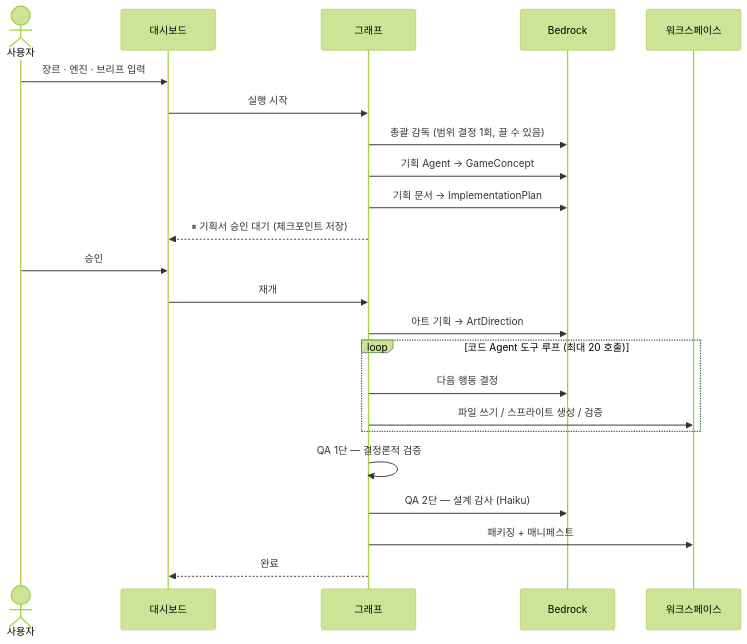
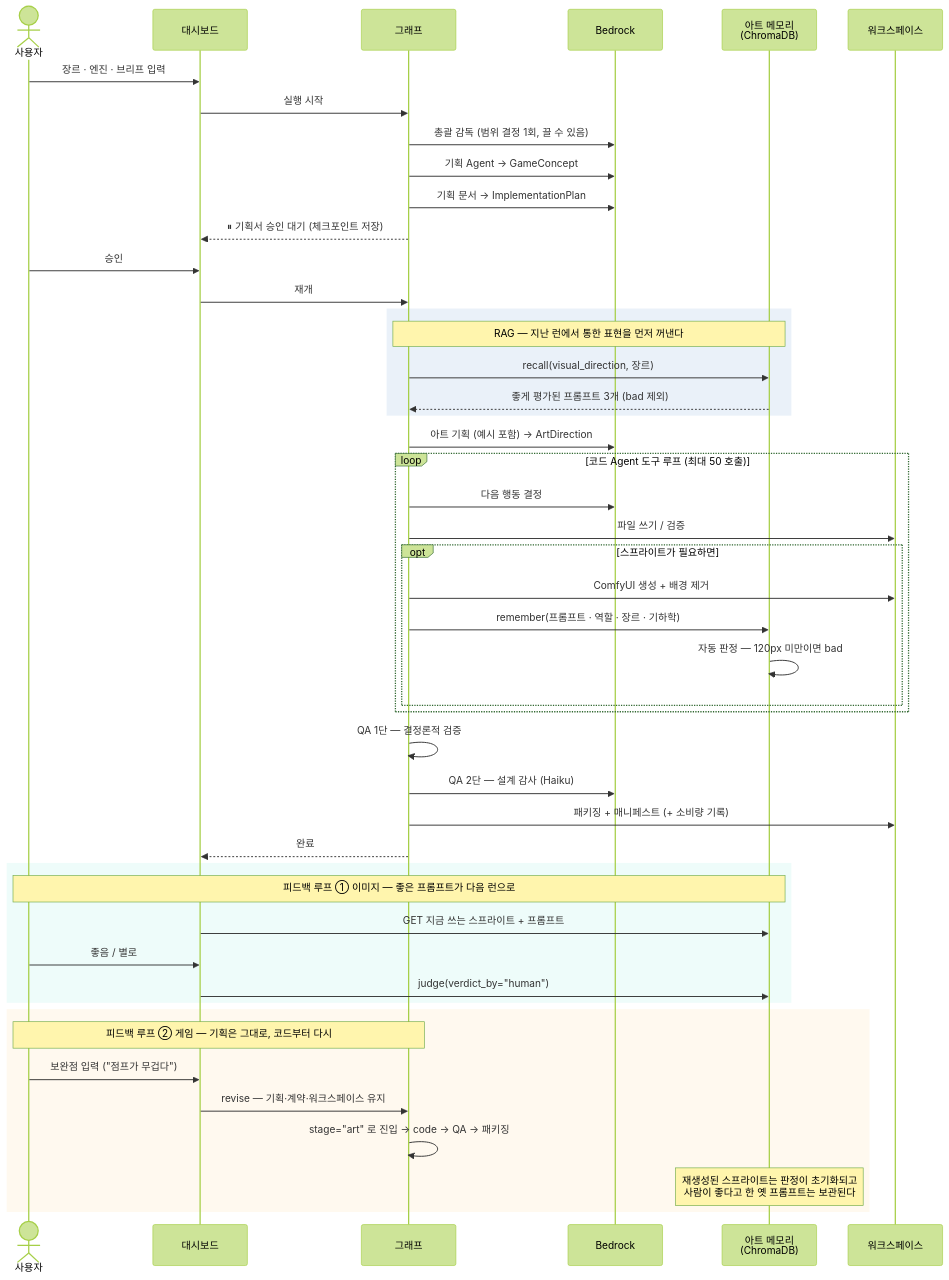
Before and after one commit to SuperclusterAll/gamestudio: the second of 10 diagrams in docs/ARCHITECTURE.md, drawn with Mermaid (forest theme). The commit also changed other lines of this file and 15 other files, not shown here.

````diff
--- a/docs/ARCHITECTURE.md
+++ b/docs/ARCHITECTURE.md
@@ -78,26 +86,54 @@
 ```mermaid
 sequenceDiagram
     actor U as 사용자
     participant D as 대시보드
     participant G as 그래프
     participant M as Bedrock
+    participant V as 아트 메모리<br/>(ChromaDB)
     participant F as 워크스페이스
 
     U->>D: 장르 · 엔진 · 브리프 입력
     D->>G: 실행 시작
     G->>M: 총괄 감독 (범위 결정 1회, 끌 수 있음)
     G->>M: 기획 Agent → GameConcept
     G->>M: 기획 문서 → ImplementationPlan
     G-->>D: ⏸ 기획서 승인 대기 (체크포인트 저장)
     U->>D: 승인
     D->>G: 재개
-    G->>M: 아트 기획 → ArtDirection
-    loop 코드 Agent 도구 루프 (최대 20 호출)
+
+    rect rgba(80,140,200,.12)
+        note over G,V: RAG — 지난 런에서 통한 표현을 먼저 꺼낸다
+        G->>V: recall(visual_direction, 장르)
+        V-->>G: 좋게 평가된 프롬프트 3개 (bad 제외)
+    end
+    G->>M: 아트 기획 (예시 포함) → ArtDirection
+
+    loop 코드 Agent 도구 루프 (최대 50 호출)
         G->>M: 다음 행동 결정
-        G->>F: 파일 쓰기 / 스프라이트 생성 / 검증
+        G->>F: 파일 쓰기 / 검증
+        opt 스프라이트가 필요하면
+            G->>F: ComfyUI 생성 + 배경 제거
+            G->>V: remember(프롬프트 · 역할 · 장르 · 기하학)
+            V->>V: 자동 판정 — 120px 미만이면 bad
+        end
     end
     G->>G: QA 1단 — 결정론적 검증
     G->>M: QA 2단 — 설계 감사 (Haiku)
-    G->>F: 패키징 + 매니페스트
+    G->>F: 패키징 + 매니페스트 (+ 소비량 기록)
     G-->>D: 완료
+
+    rect rgba(115,230,210,.12)
+        note over U,V: 피드백 루프 ① 이미지 — 좋은 프롬프트가 다음 런으로
+        D->>V: GET 지금 쓰는 스프라이트 + 프롬프트
+        U->>D: 좋음 / 별로
+        D->>V: judge(verdict_by="human")
+    end
+
+    rect rgba(255,200,120,.12)
+        note over U,G: 피드백 루프 ② 게임 — 기획은 그대로, 코드부터 다시
+        U->>D: 보완점 입력 ("점프가 무겁다")
+        D->>G: revise — 기획·계약·워크스페이스 유지
+        G->>G: stage="art" 로 진입 → code → QA → 패키징
+        note over V: 재생성된 스프라이트는 판정이 초기화되고<br/>사람이 좋다고 한 옛 프롬프트는 보관된다
+    end
 ```
````
